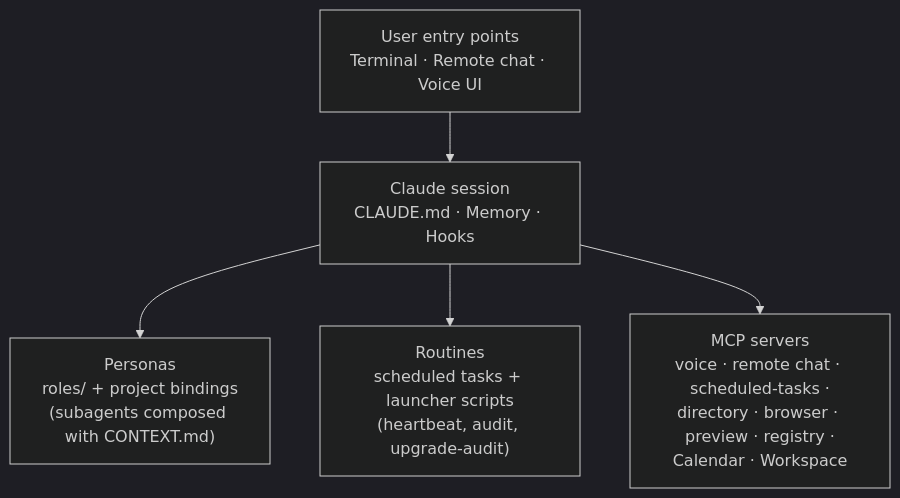
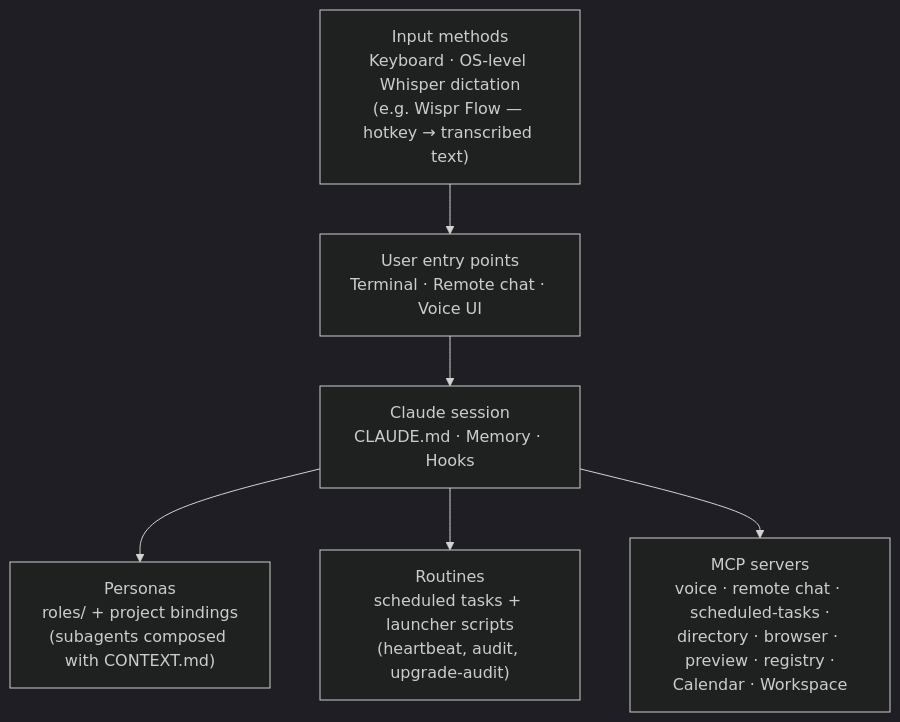
The first of 3 diagrams in META_ARCHITECTURE.md (jimy-r/claude-workspace-architecture), drawn with Mermaid (dark theme) before and after one commit. The commit also changed other lines of this file, not shown here.

First line of the commit message:
docs(meta): retire voice-channel rebuild; adopt OS-level dictation (#6)

````diff
--- a/META_ARCHITECTURE.md
+++ b/META_ARCHITECTURE.md
@@ -41,12 +41,14 @@
 ```mermaid
 flowchart TB
+    I["Input methods<br/>Keyboard · OS-level Whisper dictation<br/>(e.g. Wispr Flow — hotkey → transcribed text)"]
     E["User entry points<br/>Terminal · Remote chat · Voice UI"]
     S["Claude session<br/>CLAUDE.md · Memory · Hooks"]
     P["Personas<br/>roles/ + project bindings<br/>(subagents composed with CONTEXT.md)"]
     R["Routines<br/>scheduled tasks + launcher scripts<br/>(heartbeat, audit, upgrade-audit)"]
     M["MCP servers<br/>voice · remote chat · scheduled-tasks ·<br/>directory · browser · preview · registry ·<br/>Calendar · Workspace"]
+    I --> E
     E --> S
     S --> P
     S --> R
     S --> M
 ```
````
